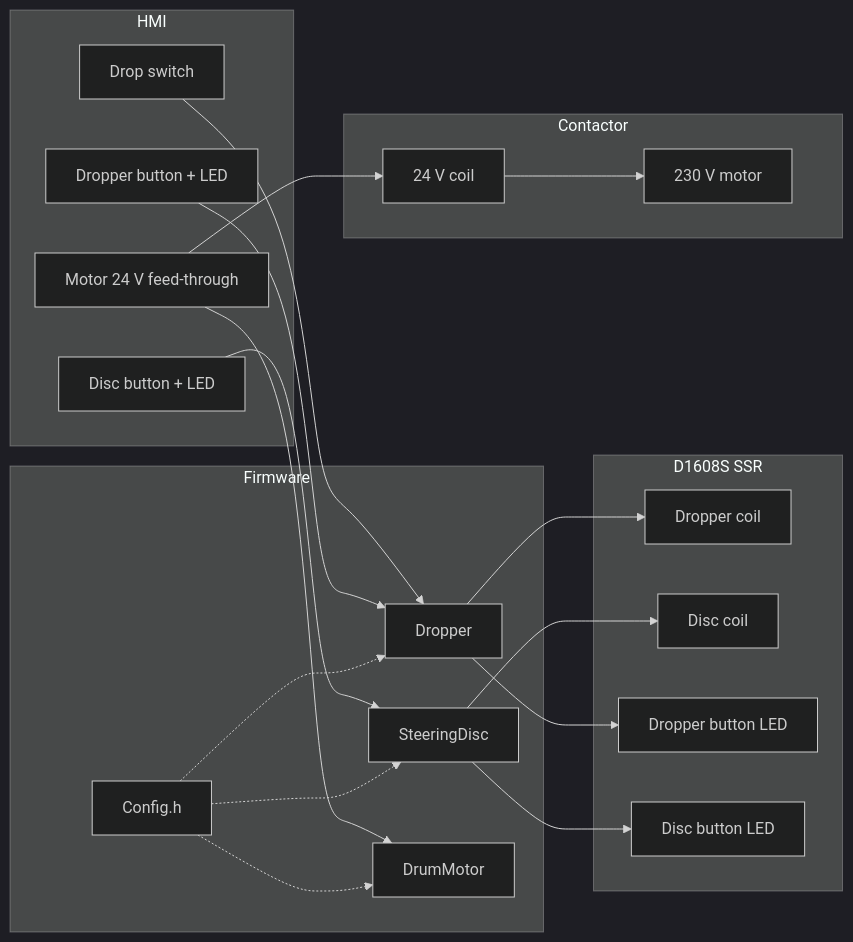
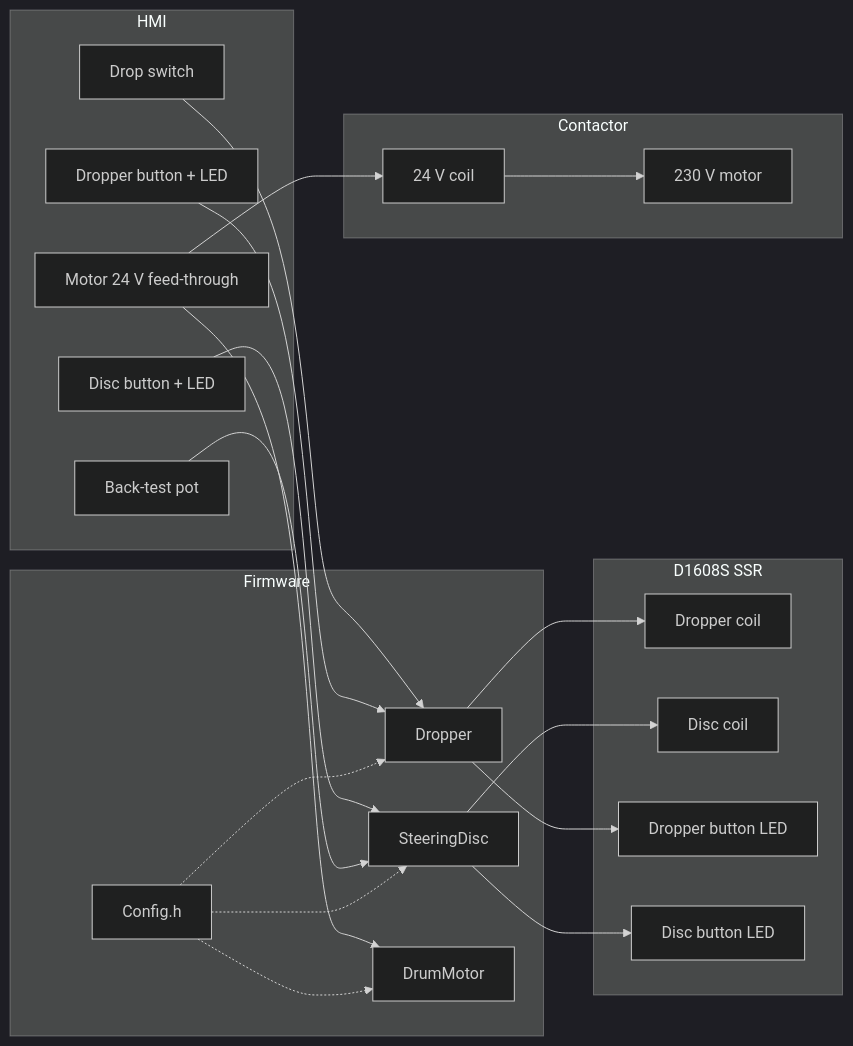
One commit to lucaterraneo/multidrop_test changed the diagram in README.md. Above: the diagram before and after it, drawn with Mermaid (dark theme). The commit also changed other lines of this file and 6 other files, not shown here.

Commit message:
added dropper switch and back test potentiometer functions

````diff
--- a/README.md
+++ b/README.md
@@ -45,42 +45,44 @@
 ```mermaid
 flowchart LR
   subgraph HMI
     DS[Drop switch]
     DB[Dropper button + LED]
     SB[Disc button + LED]
+    POT[Back-test pot]
     MS[Motor 24 V feed-through]
   end
 
   subgraph FW["Firmware"]
     DR[Dropper]
     SD[SteeringDisc]
     DM[DrumMotor]
     CFG[Config.h]
   end
 
   subgraph VALVE["D1608S SSR"]
     V1[Dropper coil]
     V2[Disc coil]
     L1[Dropper button LED]
     L2[Disc button LED]
   end
 
   subgraph POWER["Contactor"]
     C1[24 V coil]
     C2[230 V motor]
   end
 
   DS --> DR
   DB --> DR
   SB --> SD
+  POT --> SD
   MS --> DM
   MS --> C1
   C1 --> C2
   CFG -.-> DR
   CFG -.-> SD
   CFG -.-> DM
   DR --> V1
   SD --> V2
   DR --> L1
   SD --> L2
 ```
````
